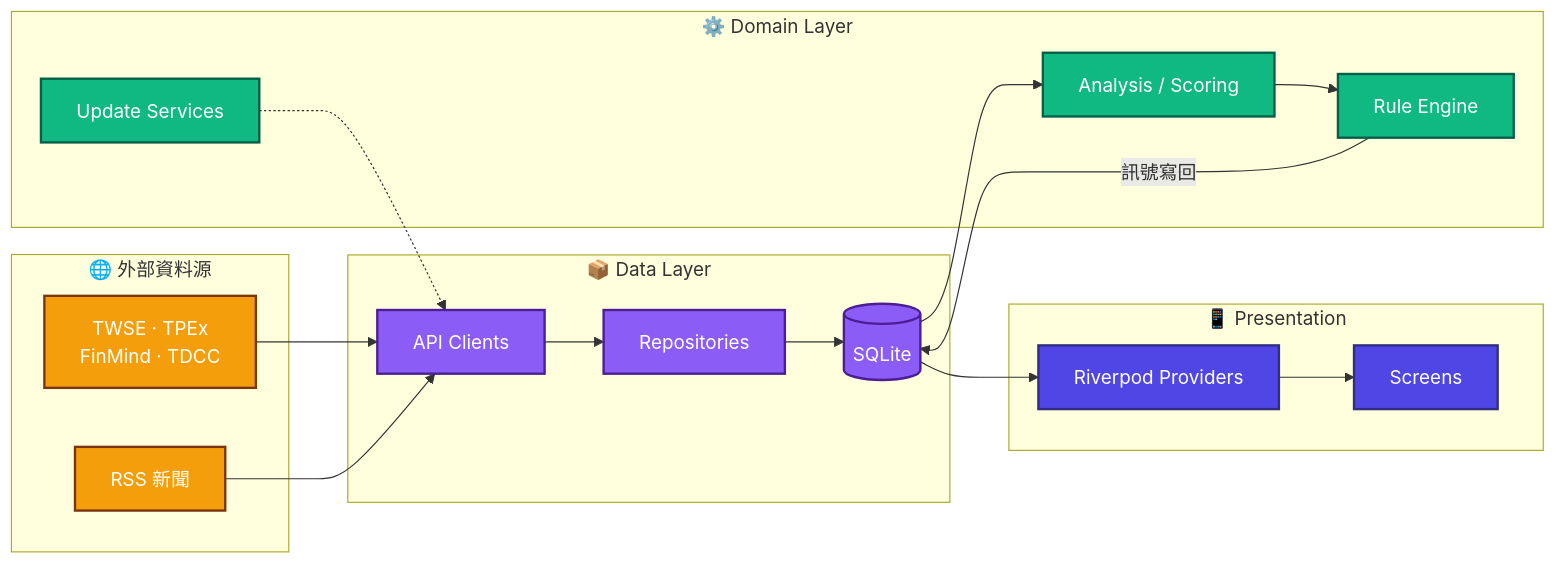
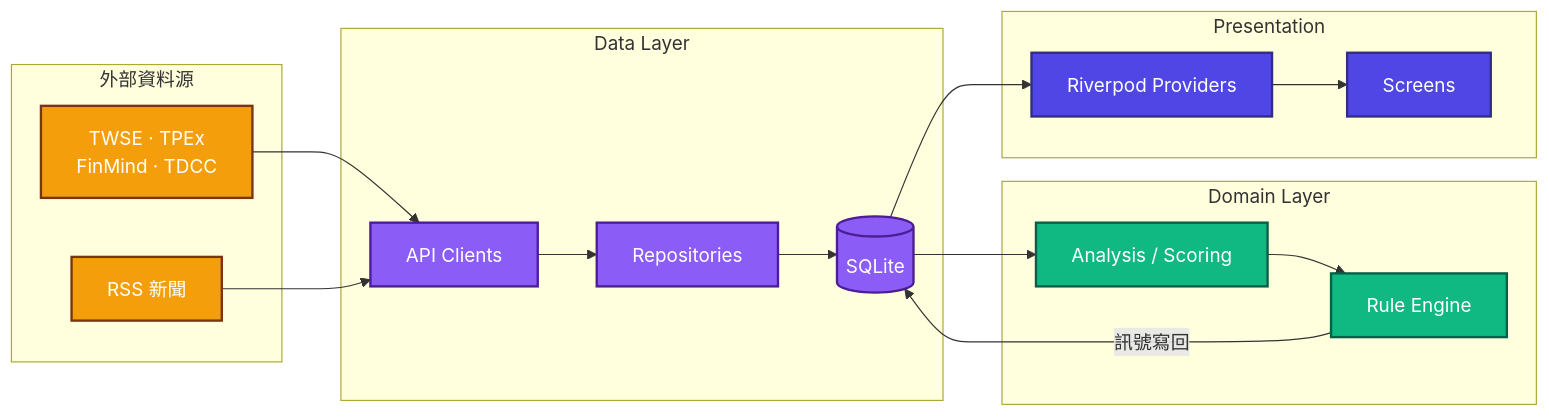
The diagram in README.md (Neal75418/daredevil), drawn with Mermaid before and after one commit. The commit also changed 1 other file, not shown here.

Commit message:
docs: 架構圖去除渲染失敗的 emoji,並收斂 Domain Layer
實機渲染發現兩個問題,第一個是上一版自己造成的:

**📱 在渲染環境是 tofu 方框**(README 的 Presentation、CLAUDE.md 的產出兩處都是;
🌐 ⚙️ 📦 正常)。破圖的字元比沒有字元糟,而只補一個又會讓四個標題不一致——
四個 emoji 全部移除。顏色已經承擔了視覺區分的工作,emoji 是多餘的裝飾。

**Domain Layer 被 Update Services 撐成一條橫貫全寬的空框**:它的虛線指向
API Clients,mermaid 為縮短邊長把它擺到最左,而 Analysis/Rule Engine 在最右,
中間留一大片空白。移除該節點後 Domain 只剩 Analysis → Rule Engine,緊湊靠右。

移除 Update Services 不損失資訊:README 這張圖的職責是「分層 + 資料流」,
而更新流程另有專屬圖(`.claude/rules/update-pipeline.md`)講得更完整;在這裡
只為它付出整個 Domain 框的版面,不划算。

````diff
--- a/README.md
+++ b/README.md
@@ -90,42 +90,40 @@
 ```mermaid
 flowchart LR
-    subgraph EXT["🌐 外部資料源"]
+    subgraph EXT["外部資料源"]
         API["TWSE · TPEx<br/>FinMind · TDCC"]
         RSS["RSS 新聞"]
     end
 
-    subgraph DATA["📦 Data Layer"]
+    subgraph DATA["Data Layer"]
         CLI["API Clients"]
         REPO["Repositories"]
         DB[("SQLite")]
     end
 
-    subgraph DOM["⚙️ Domain Layer"]
-        UPD["Update Services"]
+    subgraph DOM["Domain Layer"]
         ANA["Analysis / Scoring"]
         RULE["Rule Engine"]
     end
 
-    subgraph PRES["📱 Presentation"]
+    subgraph PRES["Presentation"]
         PROV["Riverpod Providers"]
         UI["Screens"]
     end
 
     API --> CLI
     RSS --> CLI
     CLI --> REPO --> DB
-    UPD -.-> CLI
     DB --> ANA --> RULE
     RULE -->|訊號寫回| DB
     DB --> PROV --> UI
 
     classDef ext fill:#F59E0B,stroke:#78350F,stroke-width:2px,color:#FFFFFF
     classDef data fill:#8B5CF6,stroke:#4C1D95,stroke-width:2px,color:#FFFFFF
     classDef dom fill:#10B981,stroke:#065F46,stroke-width:2px,color:#FFFFFF
     classDef pres fill:#4F46E5,stroke:#312E81,stroke-width:2px,color:#FFFFFF
 
     class API,RSS ext
     class CLI,REPO,DB data
-    class UPD,ANA,RULE dom
+    class ANA,RULE dom
     class PROV,UI pres
 ```
````
